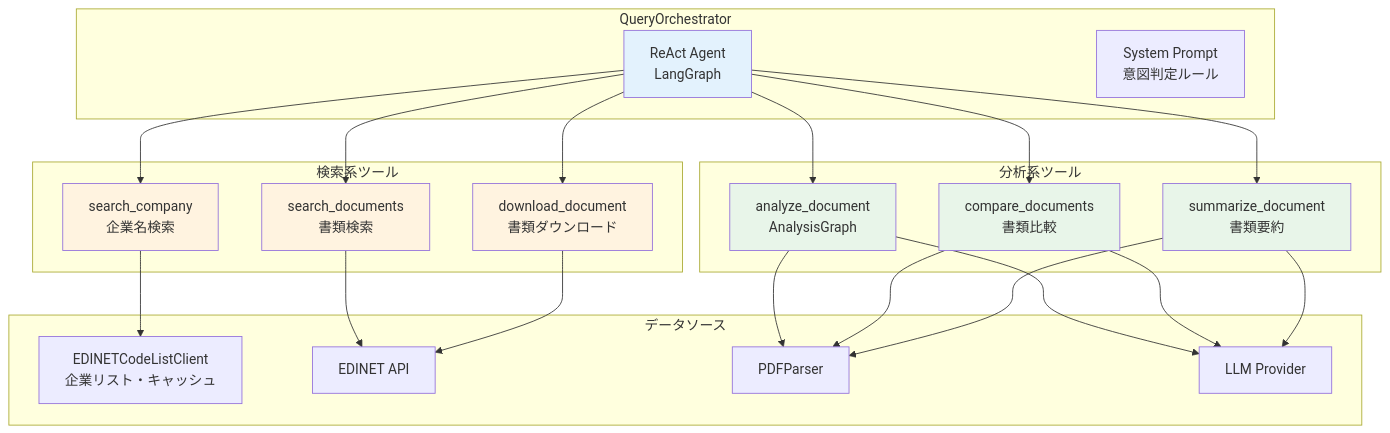
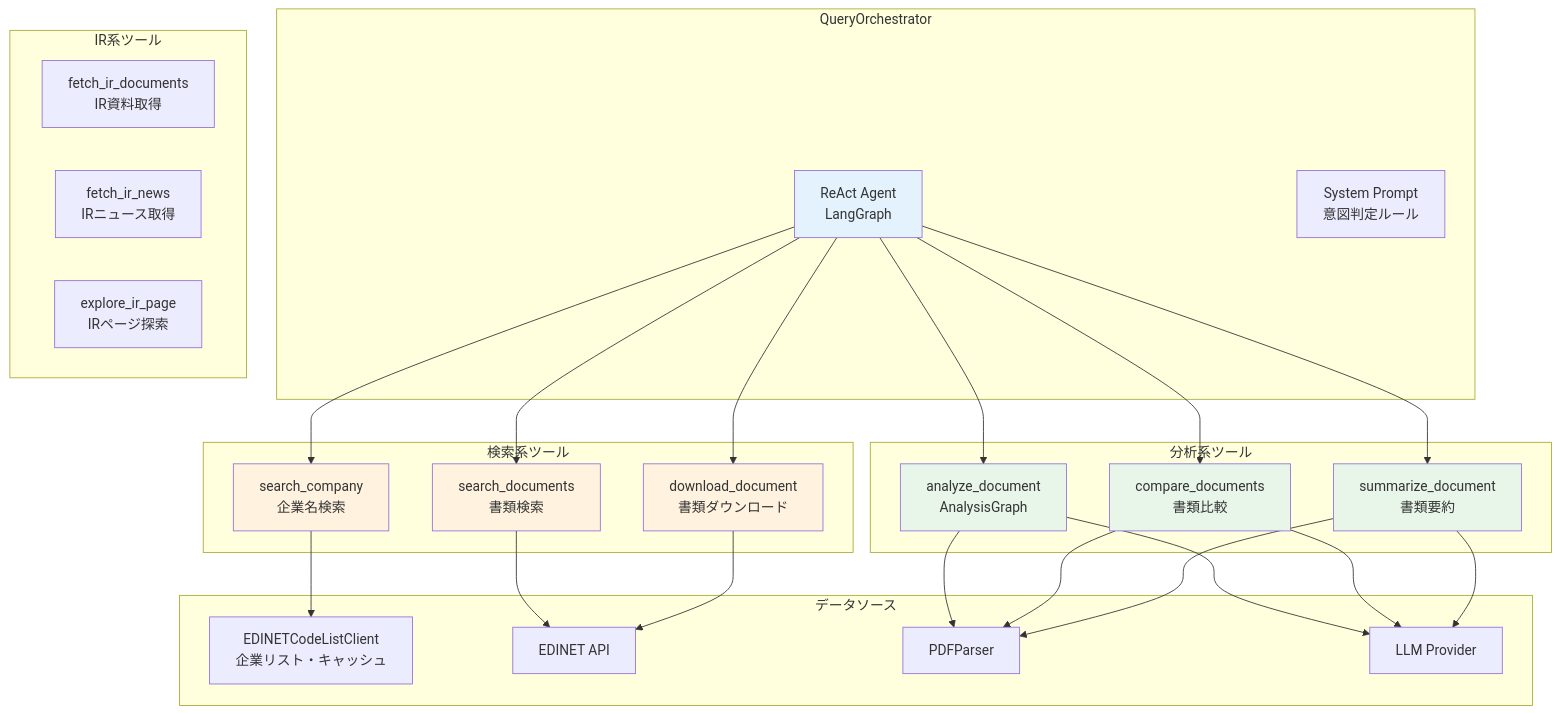
The fourth of 4 diagrams in README.md (tak-akashi/company-research-agent), drawn with Mermaid before and after one commit. The commit also changed other lines of this file and 58 other files, not shown here.

````diff
--- a/README.md
+++ b/README.md
@@ -179,51 +190,57 @@
 ```mermaid
 graph TD
     subgraph "QueryOrchestrator"
         AGENT[ReAct Agent<br/>LangGraph]
         PROMPT[System Prompt<br/>意図判定ルール]
     end
 
     subgraph "検索系ツール"
         SEARCH_COMPANY[search_company<br/>企業名検索]
         SEARCH_DOCS[search_documents<br/>書類検索]
         DOWNLOAD[download_document<br/>書類ダウンロード]
     end
 
     subgraph "分析系ツール"
         ANALYZE[analyze_document<br/>AnalysisGraph]
         COMPARE[compare_documents<br/>書類比較]
         SUMMARIZE[summarize_document<br/>書類要約]
+    end
+
+    subgraph "IR系ツール"
+        IR_FETCH[fetch_ir_documents<br/>IR資料取得]
+        IR_NEWS[fetch_ir_news<br/>IRニュース取得]
+        IR_EXPLORE[explore_ir_page<br/>IRページ探索]
     end
 
     subgraph "データソース"
         EDINET_LIST[EDINETCodeListClient<br/>企業リスト・キャッシュ]
         EDINET_API[EDINET API]
         PDF_PARSER[PDFParser]
         LLM[LLM Provider]
     end
 
     AGENT --> SEARCH_COMPANY
     AGENT --> SEARCH_DOCS
     AGENT --> DOWNLOAD
     AGENT --> ANALYZE
     AGENT --> COMPARE
     AGENT --> SUMMARIZE
 
     SEARCH_COMPANY --> EDINET_LIST
     SEARCH_DOCS --> EDINET_API
     DOWNLOAD --> EDINET_API
     ANALYZE --> PDF_PARSER
     ANALYZE --> LLM
     COMPARE --> PDF_PARSER
     COMPARE --> LLM
     SUMMARIZE --> PDF_PARSER
     SUMMARIZE --> LLM
 
     style AGENT fill:#e3f2fd
     style SEARCH_COMPANY fill:#fff3e0
     style SEARCH_DOCS fill:#fff3e0
     style DOWNLOAD fill:#fff3e0
     style ANALYZE fill:#e8f5e9
     style COMPARE fill:#e8f5e9
     style SUMMARIZE fill:#e8f5e9
 ```
````
